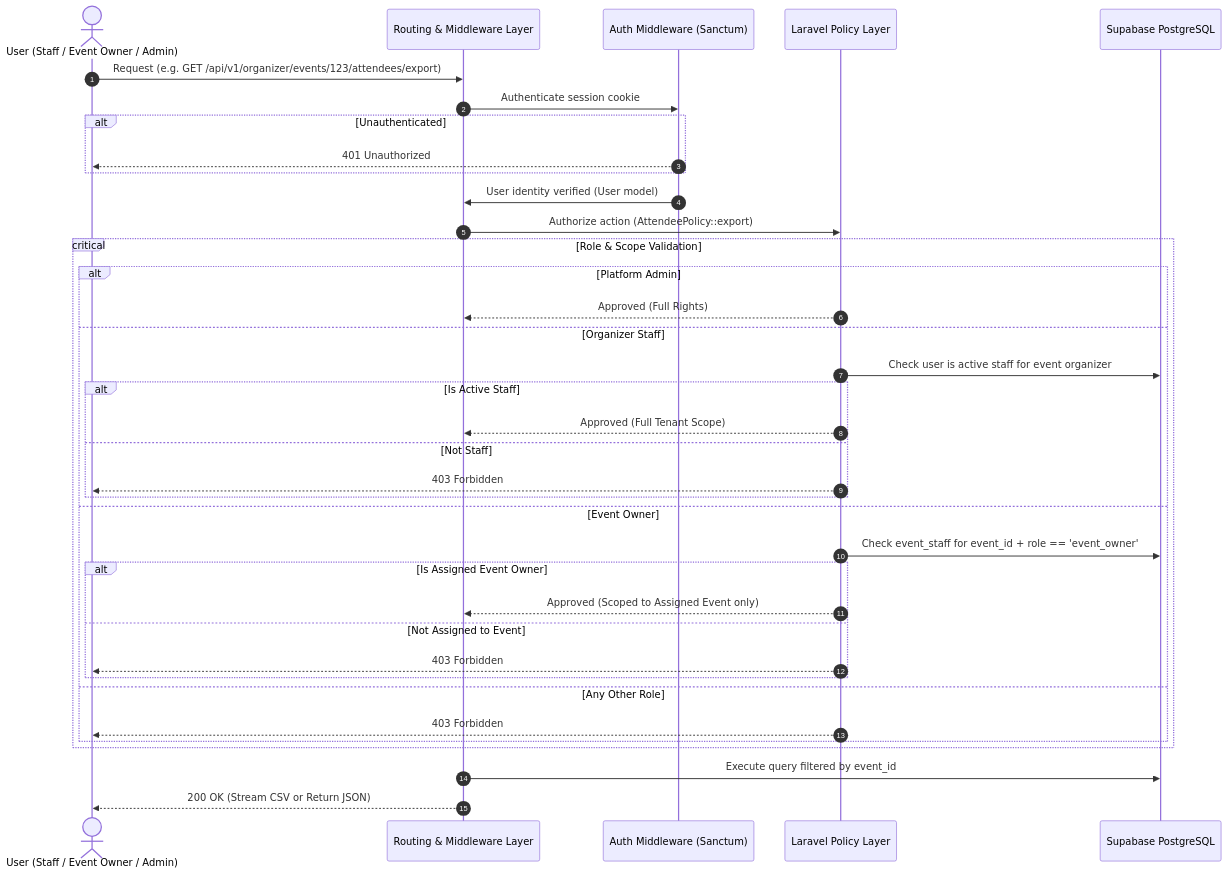
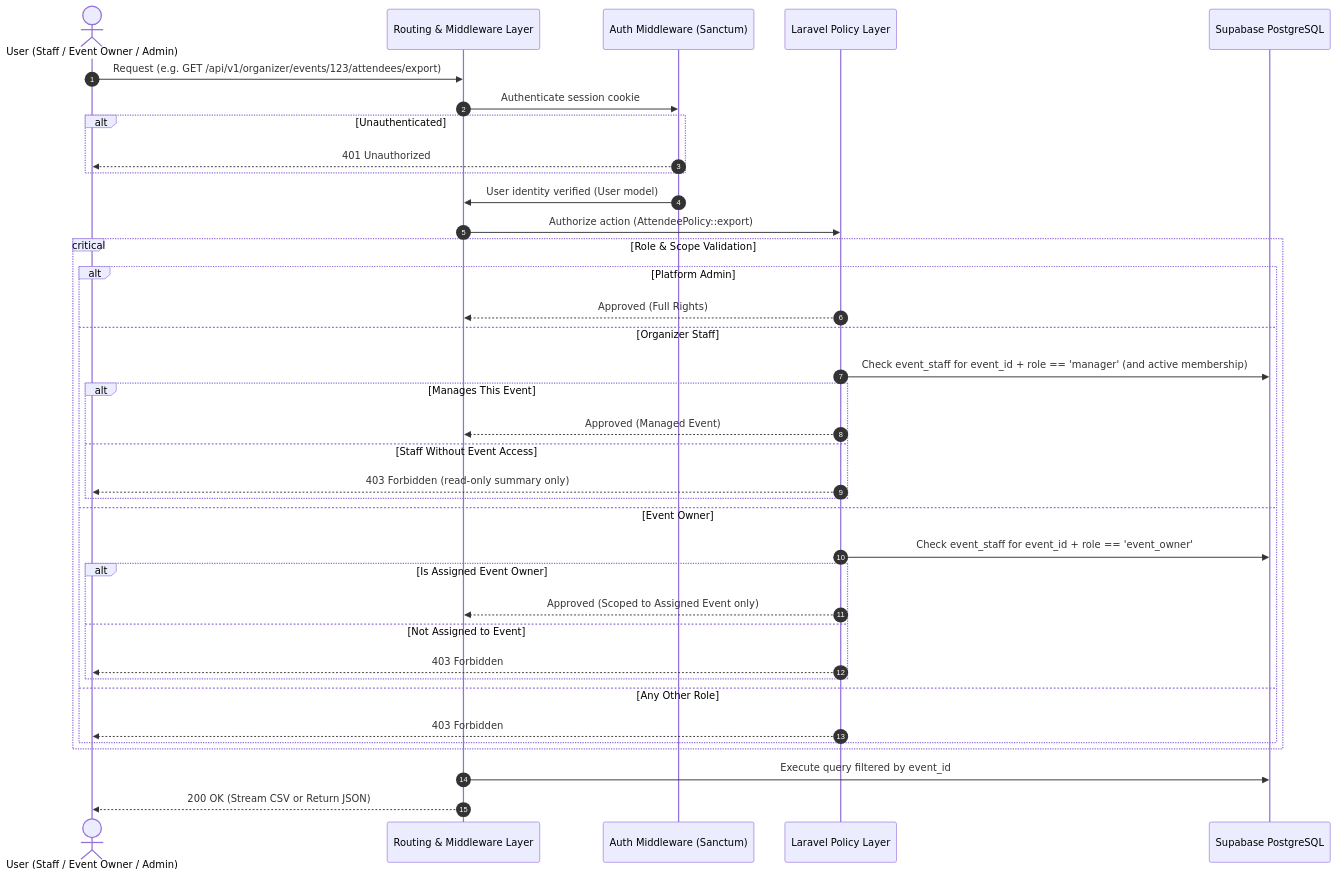
The second of 2 diagrams in doc/roleandprivileage.md (kreativesahara/ticket), drawn with Mermaid before and after one commit. The commit also changed other lines of this file and 39 other files, not shown here.

Commit message:
feat: add documentation, system diagrams, and state machine specifications for roles, use cases, and architecture

````diff
--- a/doc/roleandprivileage.md
+++ b/doc/roleandprivileage.md
@@ -153,43 +164,43 @@
 ```mermaid
 sequenceDiagram
     autonumber
     actor Client as User (Staff / Event Owner / Admin)
     participant HTTP as Routing & Middleware Layer
     participant Sanctum as Auth Middleware (Sanctum)
     participant Policy as Laravel Policy Layer
     participant DB as Supabase PostgreSQL
 
     Client->>HTTP: Request (e.g. GET /api/v1/organizer/events/123/attendees/export)
     HTTP->>Sanctum: Authenticate session cookie
     alt Unauthenticated
         Sanctum-->>Client: 401 Unauthorized
     end
 
     Sanctum->>HTTP: User identity verified (User model)
     HTTP->>Policy: Authorize action (AttendeePolicy::export)
 
     critical Role & Scope Validation
         alt Platform Admin
             Policy-->>HTTP: Approved (Full Rights)
         else Organizer Staff
-            Policy->>DB: Check user is active staff for event organizer
-            alt Is Active Staff
-                Policy-->>HTTP: Approved (Full Tenant Scope)
-            else Not Staff
-                Policy-->>Client: 403 Forbidden
+            Policy->>DB: Check event_staff for event_id + role == 'manager' (and active membership)
+            alt Manages This Event
+                Policy-->>HTTP: Approved (Managed Event)
+            else Staff Without Event Access
+                Policy-->>Client: 403 Forbidden (read-only summary only)
             end
         else Event Owner
             Policy->>DB: Check event_staff for event_id + role == 'event_owner'
             alt Is Assigned Event Owner
                 Policy-->>HTTP: Approved (Scoped to Assigned Event only)
             else Not Assigned to Event
                 Policy-->>Client: 403 Forbidden
             end
         else Any Other Role
             Policy-->>Client: 403 Forbidden
         end
     end
 
     HTTP->>DB: Execute query filtered by event_id
     HTTP-->>Client: 200 OK (Stream CSV or Return JSON)
 ```
````
